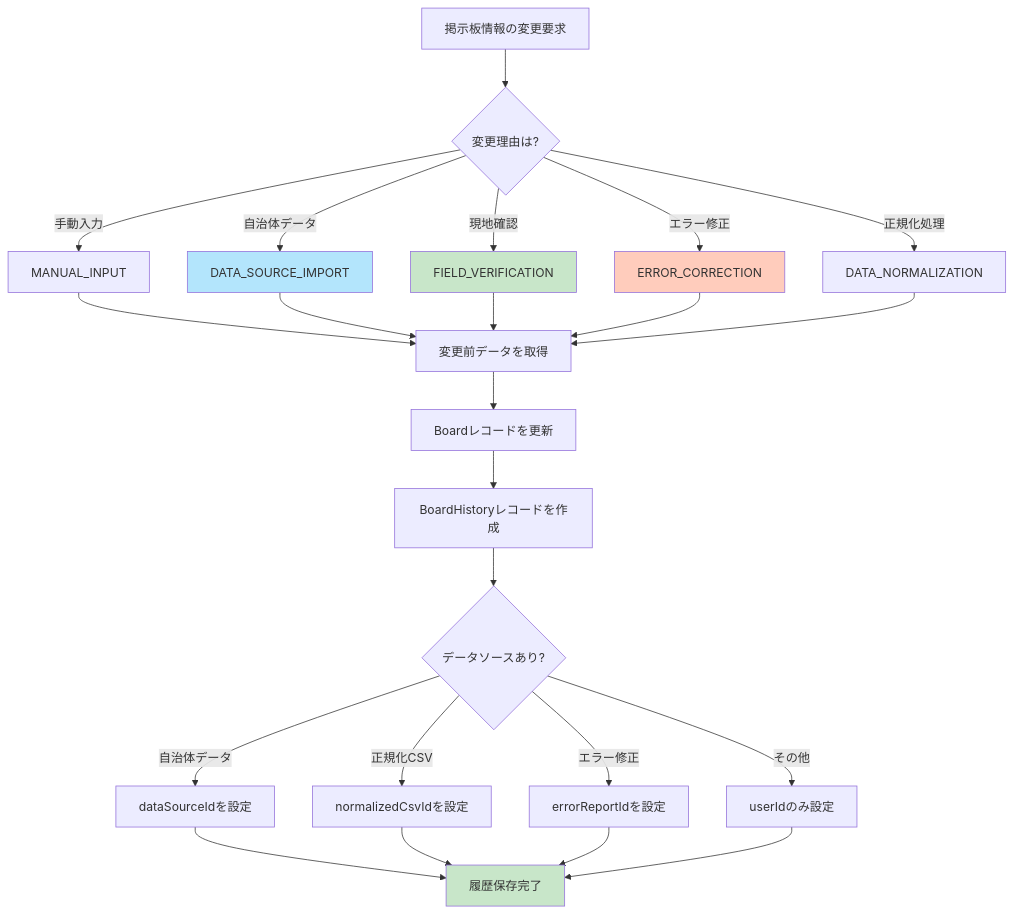
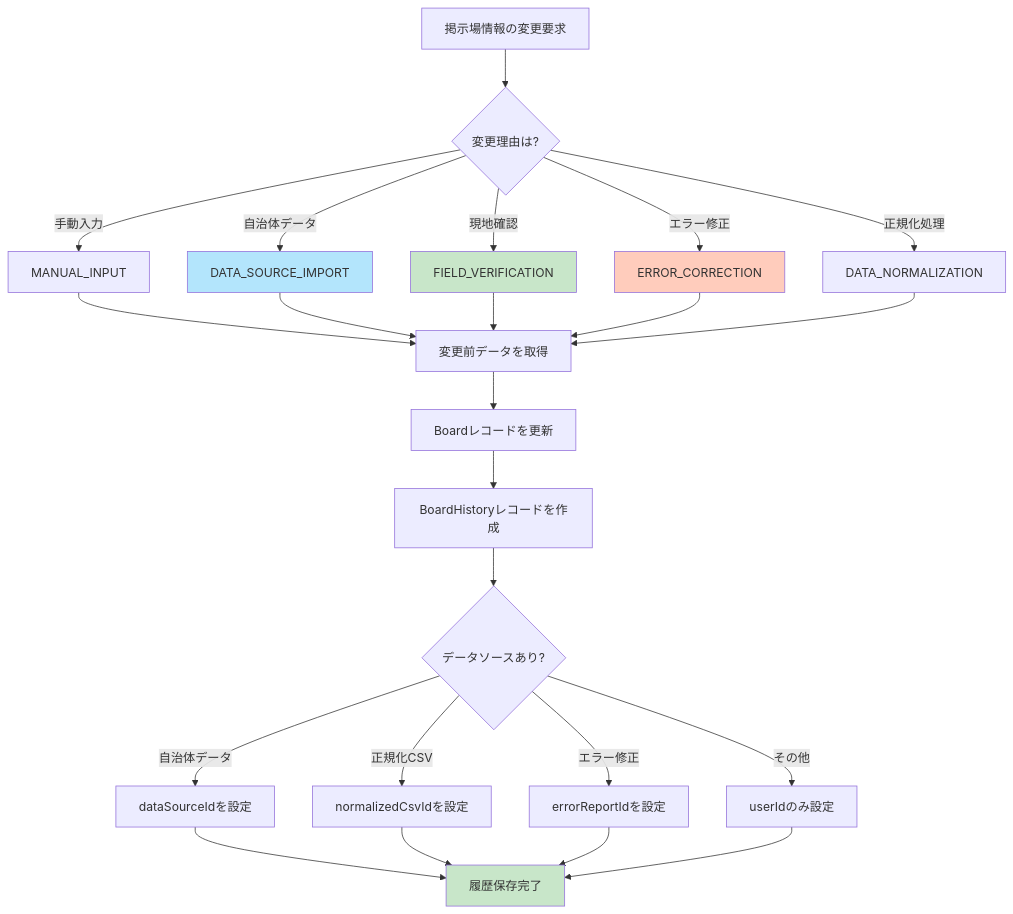
The seventh of 7 diagrams in docs/docs/development/database/domain-design.md (team-mirai-volunteer/polister), drawn with Mermaid before and after one commit. The commit also changed other lines of this file and 87 other files, not shown here.

````diff
--- a/docs/docs/development/database/domain-design.md
+++ b/docs/docs/development/database/domain-design.md
@@ -594,35 +594,35 @@
 ```mermaid
 flowchart TD
-    A[掲示板情報の変更要求] --> B{変更理由は?}
+    A[掲示場情報の変更要求] --> B{変更理由は?}
 
     B -->|手動入力| C1[MANUAL_INPUT]
     B -->|自治体データ| C2[DATA_SOURCE_IMPORT]
     B -->|現地確認| C3[FIELD_VERIFICATION]
     B -->|エラー修正| C4[ERROR_CORRECTION]
     B -->|正規化処理| C5[DATA_NORMALIZATION]
 
     C1 --> D[変更前データを取得]
     C2 --> D
     C3 --> D
     C4 --> D
     C5 --> D
 
     D --> E[Boardレコードを更新]
     E --> F[BoardHistoryレコードを作成]
 
     F --> G{データソースあり?}
     G -->|自治体データ| H1[dataSourceIdを設定]
     G -->|正規化CSV| H2[normalizedCsvIdを設定]
     G -->|エラー修正| H3[errorReportIdを設定]
     G -->|その他| H4[userIdのみ設定]
 
     H1 --> J[履歴保存完了]
     H2 --> J
     H3 --> J
     H4 --> J
 
     style C4 fill:#ffccbc
     style C3 fill:#c8e6c9
     style C2 fill:#b3e5fc
     style J fill:#c8e6c9
 ```
````
